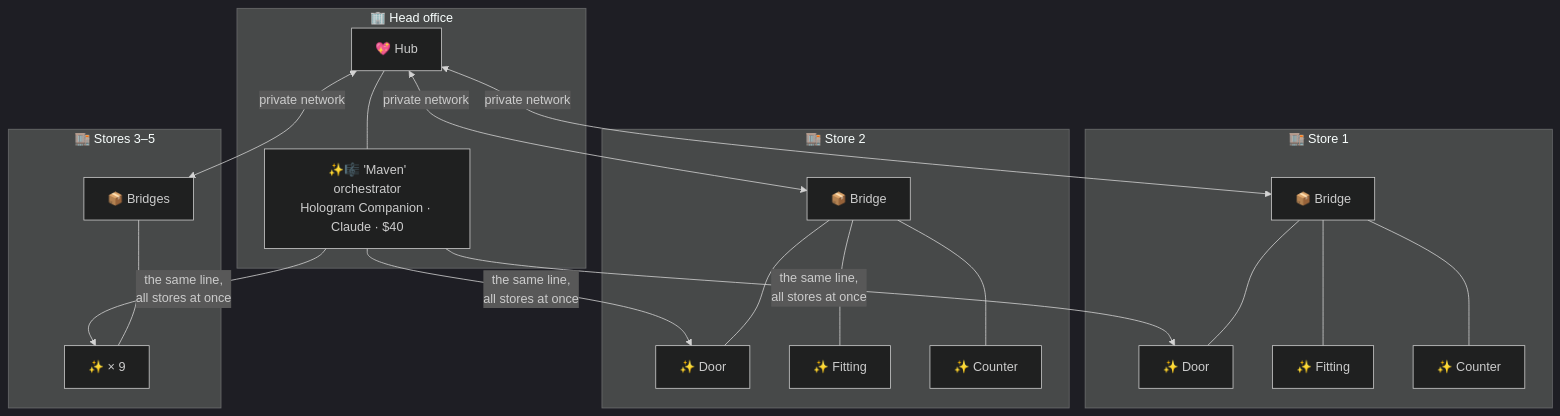
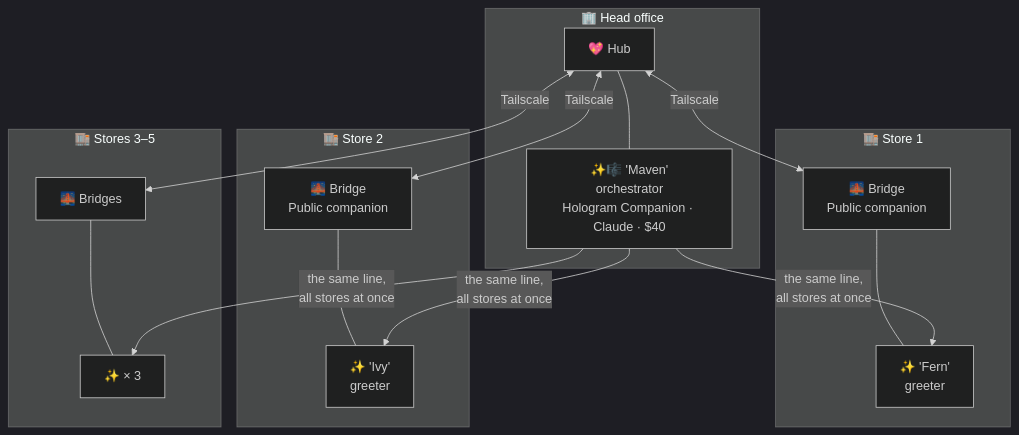
Before and after one commit to Smugandcomfy/waifu-ai-desktop: diagram 13 of 20 in docs/USE_CASES.md, drawn with Mermaid (dark theme). The commit also changed other lines of this file and 14 other files, not shown here.

Commit message:
Docs for 0.99.18: Waifu AI Bridge and Home Assistant guides; network page with bridges, roles, bridge codes and which brain answers whom; use cases 9 and 11 rebuilt around Waifu AI Bridge, new 12 (two homes), 13 (shop window), 14 (smart flat); How it works and FAQ updated; restamped v0.99.18

````diff
--- a/docs/USE_CASES.md
+++ b/docs/USE_CASES.md
@@ -419,21 +427,21 @@
 ```mermaid
 flowchart TB
     subgraph HQ["🏢 Head office"]
         HUB["💖 Hub"]
         ORCH["✨🎼 'Maven'<br/>orchestrator<br/>Hologram Companion · Claude · $40"]
         HUB --- ORCH
     end
     subgraph S1["🏬 Store 1"]
-        BR1["📦 Bridge"] --- A1["✨ Door"] & A2["✨ Fitting"] & A3["✨ Counter"]
+        BR1["🌉 Bridge<br/>Public companion"] --- A1["✨ 'Fern'<br/>greeter"]
     end
     subgraph S2["🏬 Store 2"]
-        BR2["📦 Bridge"] --- C1["✨ Door"] & C2["✨ Fitting"] & C3["✨ Counter"]
+        BR2["🌉 Bridge<br/>Public companion"] --- A2["✨ 'Ivy'<br/>greeter"]
     end
     subgraph S3["🏬 Stores 3–5"]
-        BR3["📦 Bridges"] --- D1["✨ × 9"]
+        BR3["🌉 Bridges"] --- A3["✨ × 3"]
     end
-    HUB <-- "private network" --> BR1
-    HUB <-- "private network" --> BR2
-    HUB <-- "private network" --> BR3
-    ORCH -- "the same line,<br/>all stores at once" --> A1 & C1 & D1
+    HUB <-- "Tailscale" --> BR1
+    HUB <-- "Tailscale" --> BR2
+    HUB <-- "Tailscale" --> BR3
+    ORCH -- "the same line,<br/>all stores at once" --> A1 & A2 & A3
 ```
````
